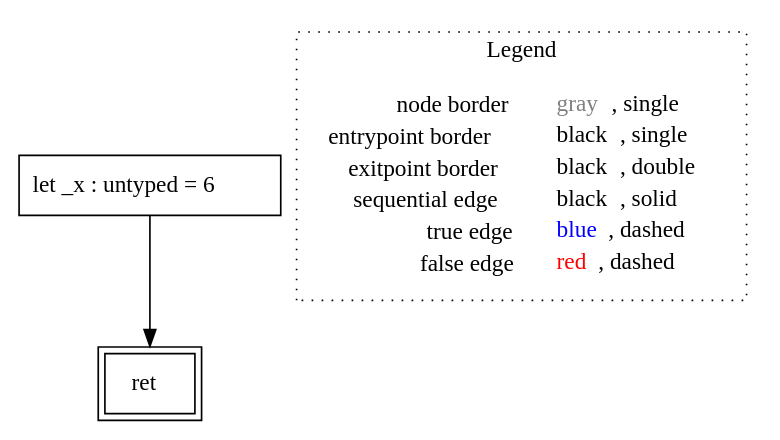
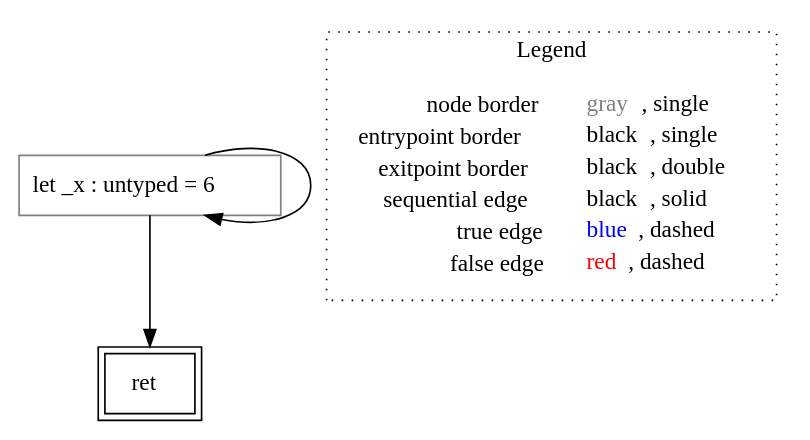
Before and after one commit to VincenzoArceri/rust-lisa: the diagram in rust-lisa/rust-testcases/cfg/return-void/()_rust-testcases_cfg_return-void_return-void.rs.func1().dot, drawn with Graphviz. The commit also changed 14 other files, not shown here.

```diff
--- a/rust-lisa/rust-testcases/cfg/return-void/()_rust-testcases_cfg_return-void_return-void.rs.func1().dot
+++ b/rust-lisa/rust-testcases/cfg/return-void/()_rust-testcases_cfg_return-void_return-void.rs.func1().dot
@@ -1,12 +1,13 @@
 digraph {
-	"node0" [shape="rect",color="black",label=<let _x : untyped = 6>];
-	"node1" [shape="rect",color="black",peripheries="2",label=<ret>];
-	"node0" -> "node1" [color="black"];
+	"node0" [shape="rect",color="black",peripheries="2",label=<ret>];
+	"node1" [shape="rect",color="gray",label=<let _x : untyped = 6>];
+	"node1" -> "node0" [color="black"];
+	"node1" -> "node1" [color="black"];
 subgraph cluster_legend {
 	label="Legend";
 	style=dotted;
 	node [shape=plaintext];
 	"legend" [label=<<table border="0" cellpadding="2" cellspacing="0" cellborder="0"><tr><td align="right">node border&nbsp;</td><td align="left"><font color="gray">gray</font>, single</td></tr><tr><td align="right">entrypoint border&nbsp;</td><td align="left"><font color="black">black</font>, single</td></tr><tr><td align="right">exitpoint border&nbsp;</td><td align="left"><font color="black">black</font>, double</td></tr><tr><td align="right">sequential edge&nbsp;</td><td align="left"><font color="black">black</font>, solid</td></tr><tr><td align="right">true edge&nbsp;</td><td align="left"><font color="blue">blue</font>, dashed</td></tr><tr><td align="right">false edge&nbsp;</td><td align="left"><font color="red">red</font>, dashed</td></tr></table>>];
 }
 
 }
```
